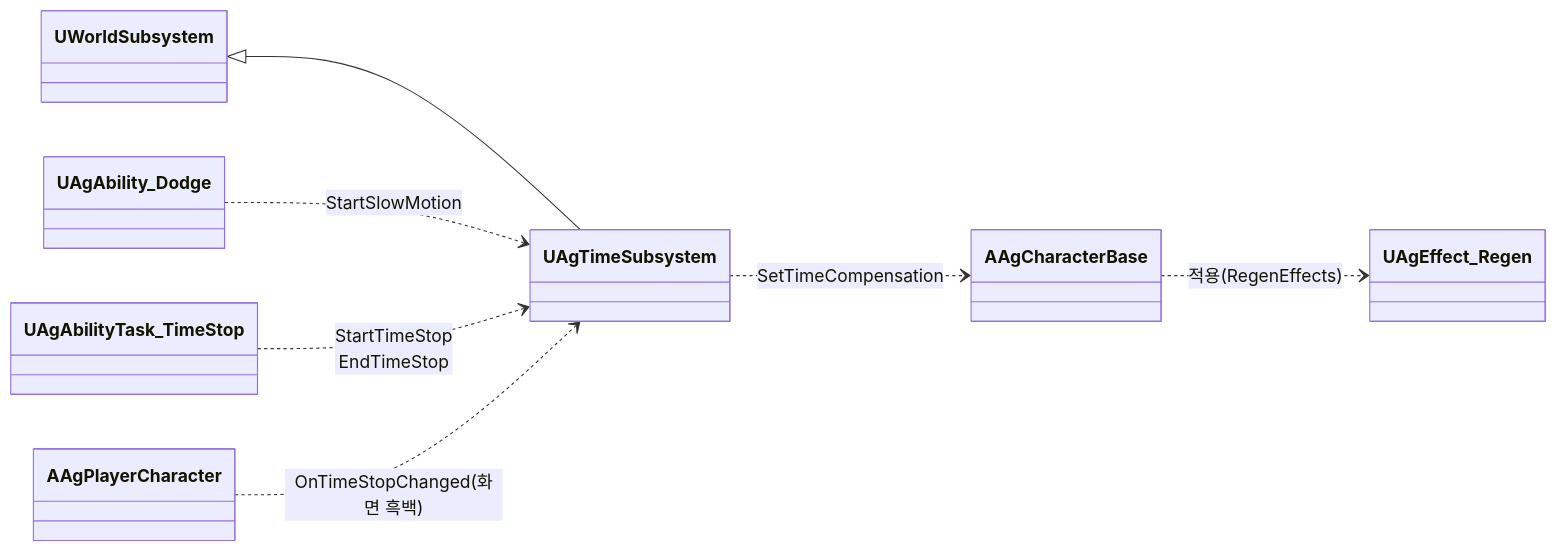
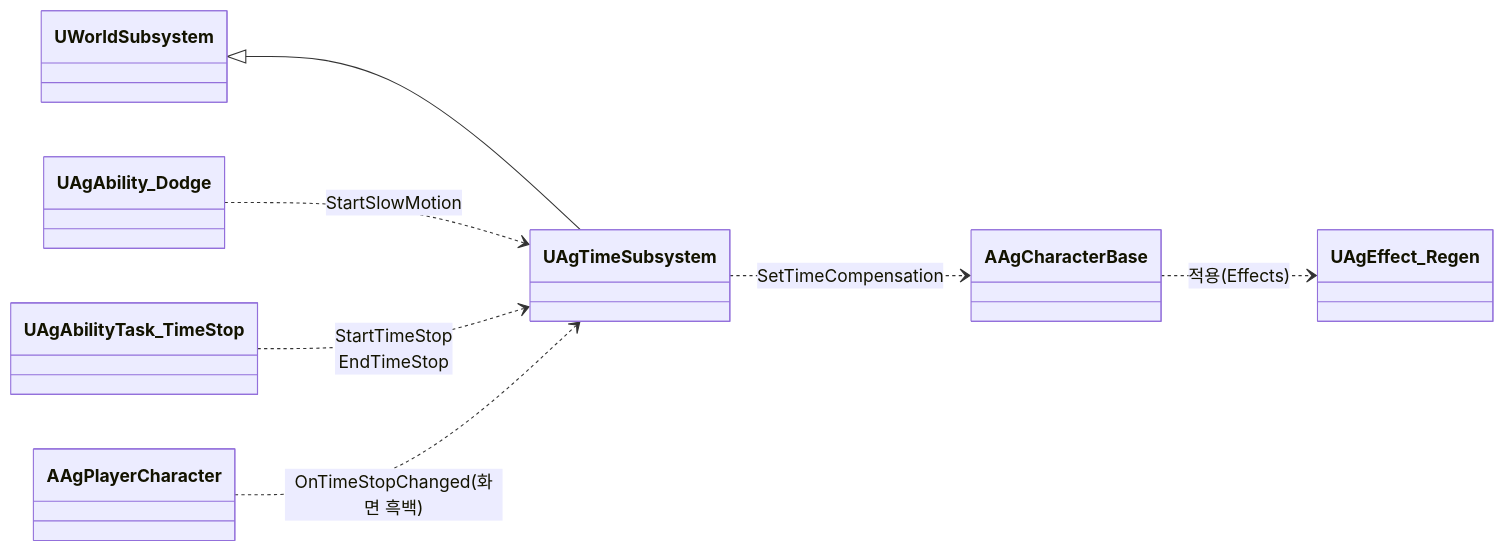
One commit to Woogl/Ag changed the first of 2 diagrams in Docs/Program/전투 규칙.md. Above: the diagram before and after it, drawn with Mermaid. The commit also changed other lines of this file and 81 other files, not shown here.

````diff
--- a/Docs/Program/전투 규칙.md
+++ b/Docs/Program/전투 규칙.md
@@ -30,11 +30,11 @@
 ```mermaid
 classDiagram
     direction LR
     UWorldSubsystem <|-- UAgTimeSubsystem
 
-    AAgCharacterBase ..> UAgEffect_Regen : 적용(RegenEffects)
+    AAgCharacterBase ..> UAgEffect_Regen : 적용(Effects)
     UAgAbility_Dodge ..> UAgTimeSubsystem : StartSlowMotion
     UAgAbilityTask_TimeStop ..> UAgTimeSubsystem : StartTimeStop<br>EndTimeStop
     UAgTimeSubsystem ..> AAgCharacterBase : SetTimeCompensation
     AAgPlayerCharacter ..> UAgTimeSubsystem : OnTimeStopChanged(화면 흑백)
 ```
````
